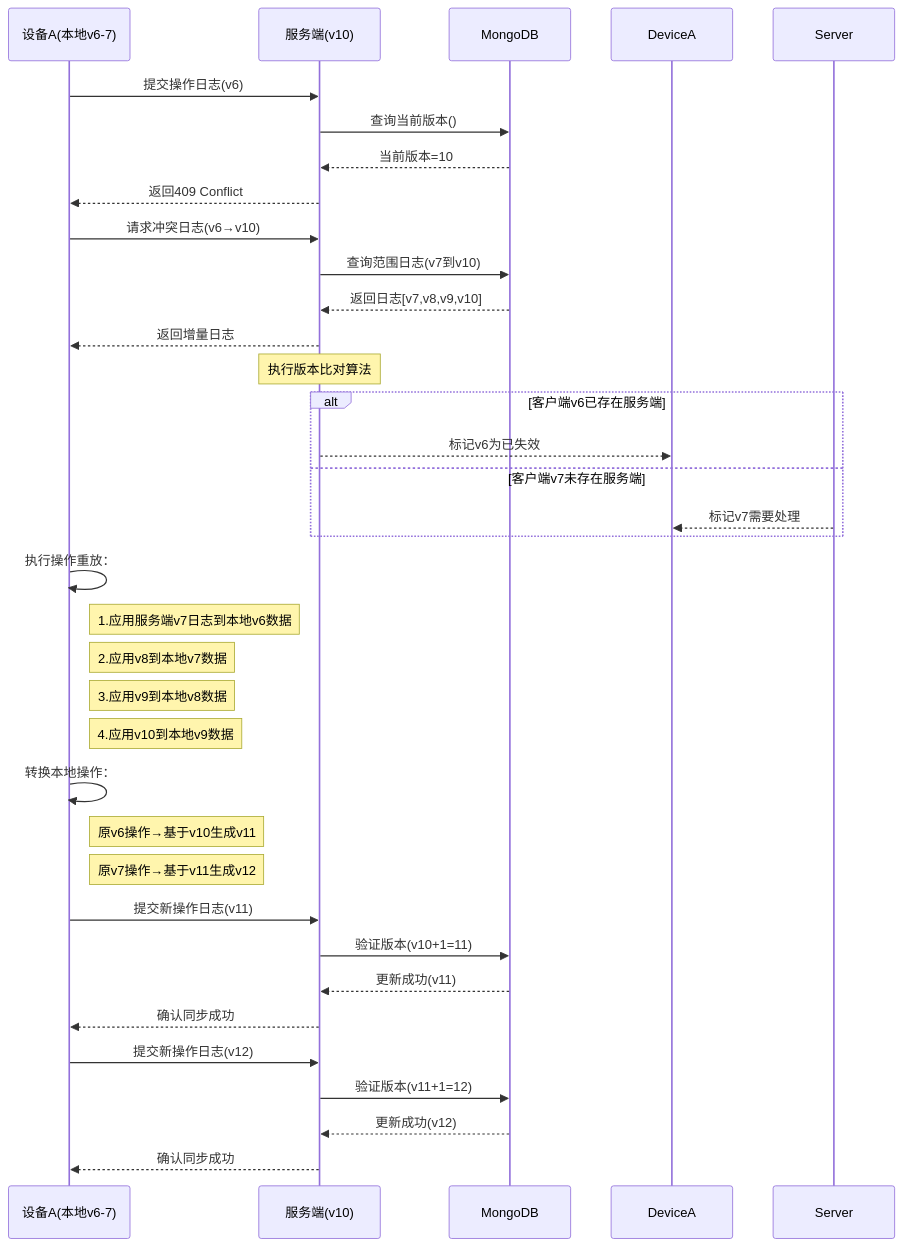
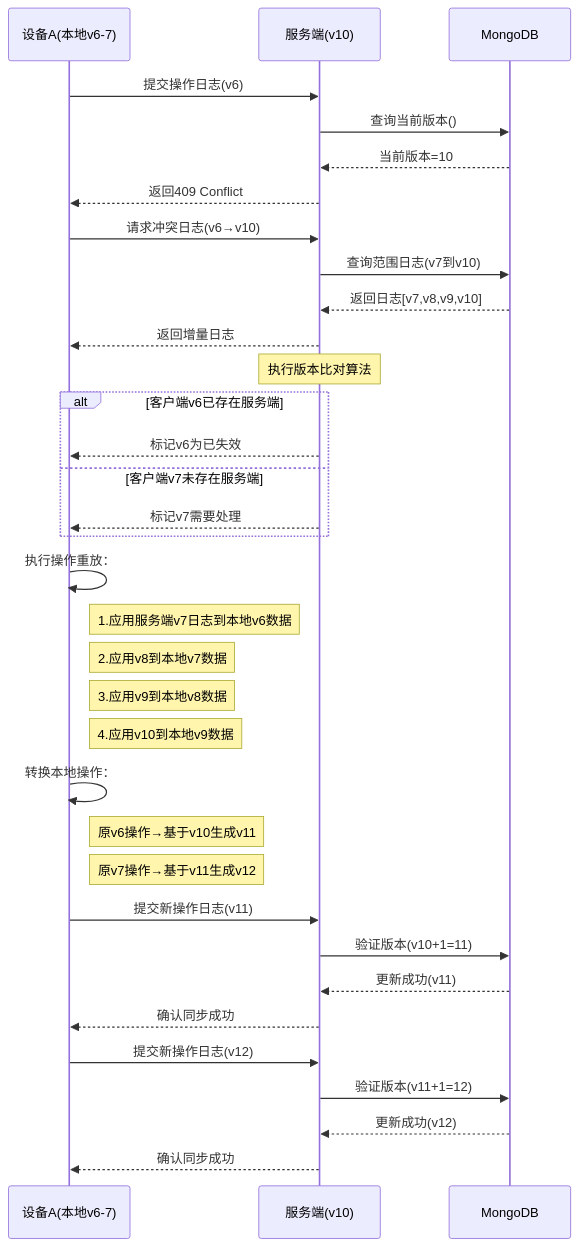
The diagram in all/未命名-26.md (yingjianzh/iodraw-files), drawn with Mermaid before and after one commit.

Commit message:
2025-02-26 16:46:26 update

````diff
--- a/all/未命名-26.md
+++ b/all/未命名-26.md
@@ -1,49 +1,49 @@
 ```mermaid
 sequenceDiagram
     participant A as 设备A(本地v6-7)
     participant S as 服务端(v10)
     participant DB as MongoDB
 
     %% 初始同步尝试
     A->>S: 提交操作日志(v6)
     S->>DB: 查询当前版本()
     DB-->>S: 当前版本=10
     S-->>A: 返回409 Conflict
 
     %% 冲突解决阶段
     A->>S: 请求冲突日志(v6→v10)
     S->>DB: 查询范围日志(v7到v10)
     DB-->>S: 返回日志[v7,v8,v9,v10]
     S-->>A: 返回增量日志
 
 
     Note over S: 执行版本比对算法
     alt 客户端v6已存在服务端
-        S-->>DeviceA: 标记v6为已失效
+        S-->>A: 标记v6为已失效
     else 客户端v7未存在服务端
-        Server-->>DeviceA: 标记v7需要处理
+        S-->>A: 标记v7需要处理
     end
 
     %% 本地数据重建
     A->>A: 执行操作重放：
     note right of A: 1.应用服务端v7日志到本地v6数据
     note right of A: 2.应用v8到本地v7数据
     note right of A: 3.应用v9到本地v8数据
     note right of A: 4.应用v10到本地v9数据
 
     %% 本地操作转换
     A->>A: 转换本地操作：
     note right of A: 原v6操作→基于v10生成v11
     note right of A: 原v7操作→基于v11生成v12
 
     %% 重新提交
     A->>S: 提交新操作日志(v11)
     S->>DB: 验证版本(v10+1=11)
     DB-->>S: 更新成功(v11)
     S-->>A: 确认同步成功
 
     A->>S: 提交新操作日志(v12)
     S->>DB: 验证版本(v11+1=12)
     DB-->>S: 更新成功(v12)
     S-->>A: 确认同步成功
 ```
````
